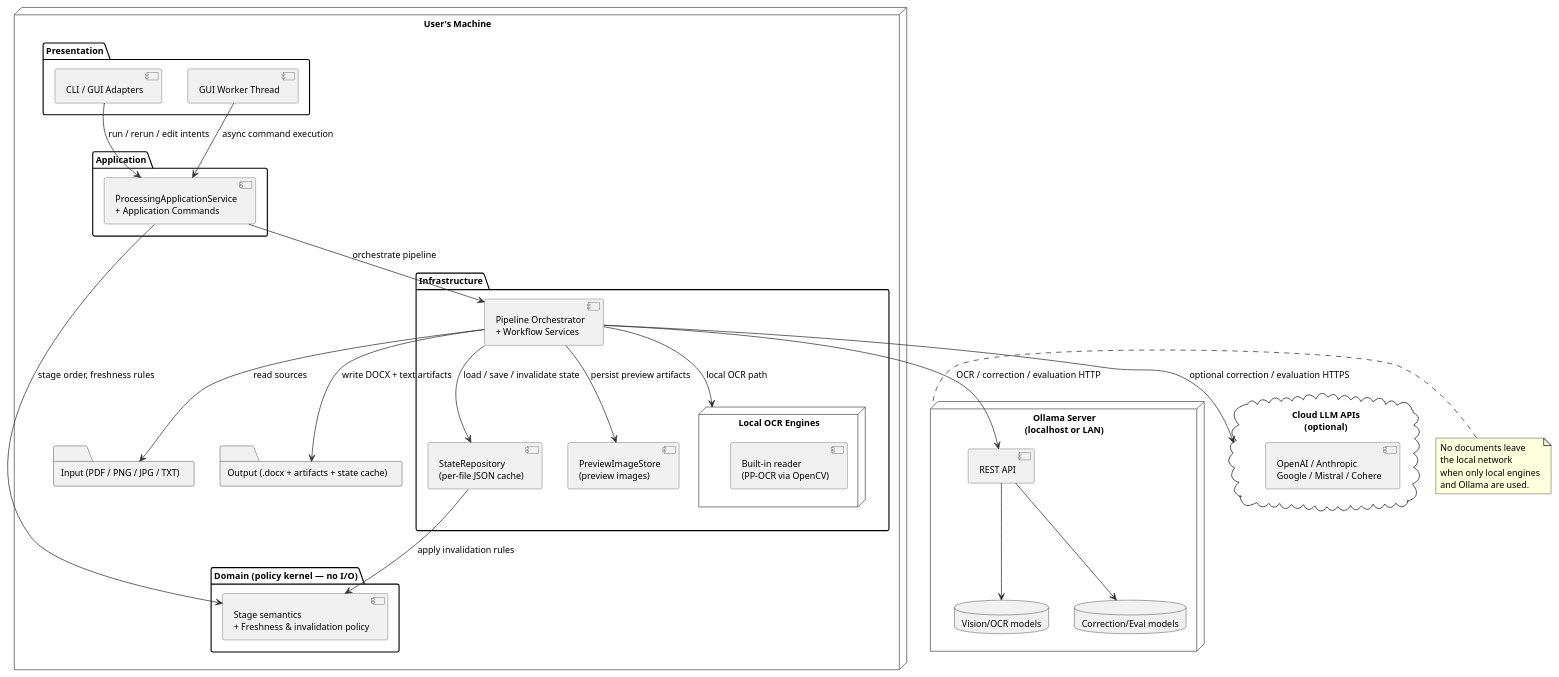
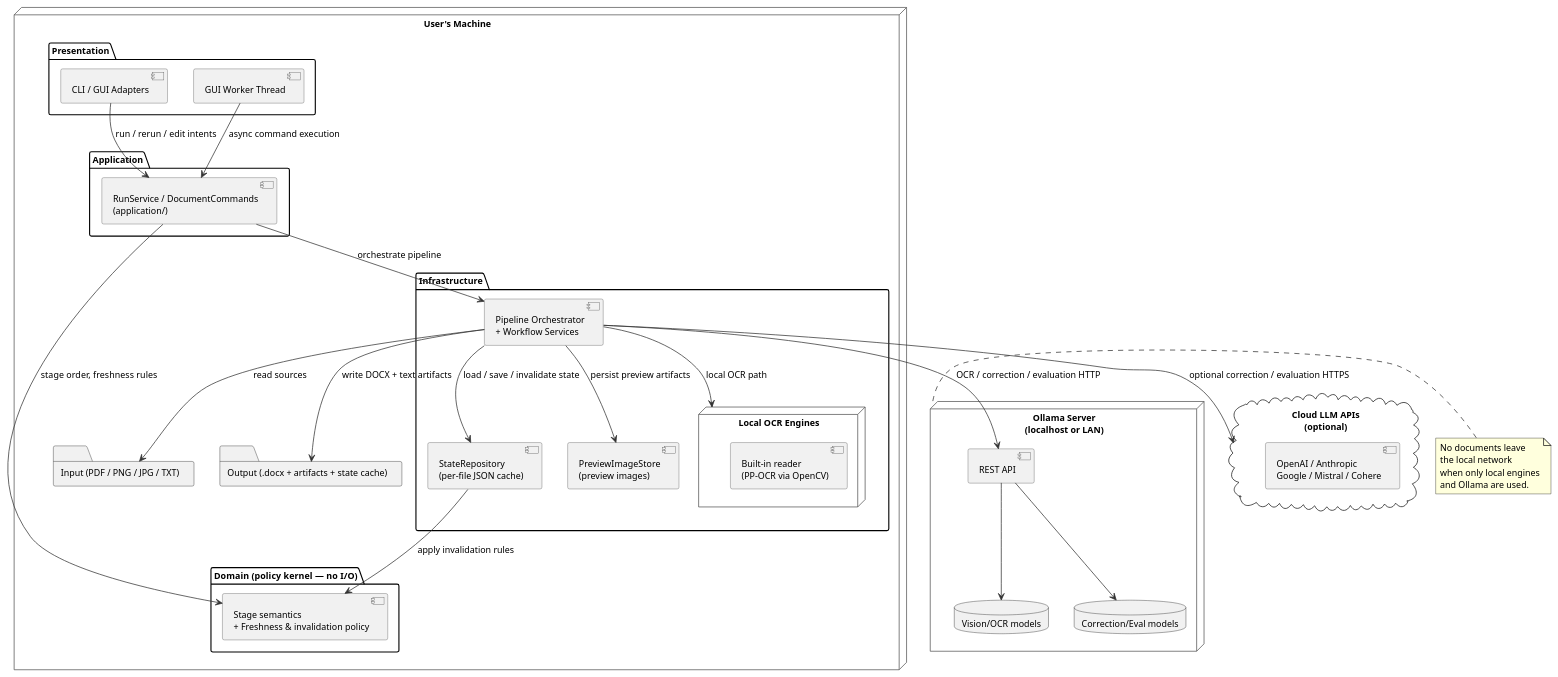
The diagram in docs/assets/deployment_diagram.puml (JoHoenk/teachers-teammate), drawn with PlantUML before and after one commit. The commit also changed 66 other files, not shown here.

```diff
--- a/docs/assets/deployment_diagram.puml
+++ b/docs/assets/deployment_diagram.puml
@@ -1,75 +1,75 @@
 @startuml Teacher's Teammate — Deployment Diagram (Layered Runtime)
 top to bottom direction
 
 skinparam defaultFontSize 12
 skinparam nodeBorderColor #555555
 skinparam componentBorderColor #555555
 skinparam arrowColor #333333
 skinparam shadowing false
 skinparam noteBackgroundColor #FFFFDD
 
 node "User's Machine" as LOCAL {
   package "Presentation" {
     component "CLI / GUI Adapters" as PRES
     component "GUI Worker Thread" as WORKER
   }
 
   package "Application" {
-    component "ProcessingApplicationService\n+ Application Commands" as APP
+    component "RunService / DocumentCommands\n(application/)" as APP
   }
 
   package "Domain  (policy kernel — no I/O)" {
     component "Stage semantics\n+ Freshness & invalidation policy" as DOMAIN
   }
 
   package "Infrastructure" {
     component "Pipeline Orchestrator\n+ Workflow Services" as WORKFLOW
     component "StateRepository\n(per-file JSON cache)" as STATE
     component "PreviewImageStore\n(preview images)" as ART
     node "Local OCR Engines" as LOCAL_OCR {
       component "Built-in reader\n(PP-OCR via OpenCV)" as READER
     }
   }
 
   folder "Input (PDF / PNG / JPG / TXT)" as IN_FILES
   folder "Output (.docx + artifacts + state cache)" as OUT_FILES
 }
 
 node "Ollama Server\n(localhost or LAN)" as OLLAMA_HOST {
   component "REST API" as OLLAMA_API
   database "Vision/OCR models" as OCR_MDL
   database "Correction/Eval models" as CORR_MDL
   OLLAMA_API --> OCR_MDL
   OLLAMA_API --> CORR_MDL
 }
 
 note right of OLLAMA_HOST
   No documents leave
   the local network
   when only local engines
   and Ollama are used.
 end note
 
 cloud "Cloud LLM APIs\n(optional)" as CLOUD {
   component "OpenAI / Anthropic\nGoogle / Mistral / Cohere" as PROVIDERS
 }
 
 ' Control flow
 PRES   --> APP      : run / rerun / edit intents
 WORKER --> APP      : async command execution
 
 ' Application consults domain policy and delegates to infrastructure
 APP --> DOMAIN   : stage order, freshness rules
 APP --> WORKFLOW : orchestrate pipeline
 
 ' Infrastructure does all I/O
 WORKFLOW --> STATE        : load / save / invalidate state
 STATE    --> DOMAIN       : apply invalidation rules
 WORKFLOW --> ART          : persist preview artifacts
 WORKFLOW --> LOCAL_OCR    : local OCR path
 WORKFLOW --> OLLAMA_API   : OCR / correction / evaluation HTTP
 WORKFLOW --> CLOUD        : optional correction / evaluation HTTPS
 WORKFLOW --> IN_FILES     : read sources
 WORKFLOW --> OUT_FILES    : write DOCX + text artifacts
 
 @enduml
```
